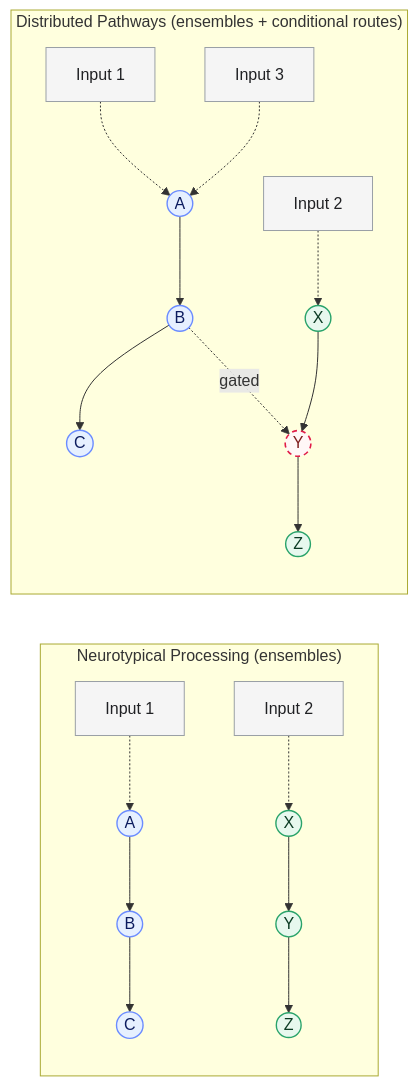
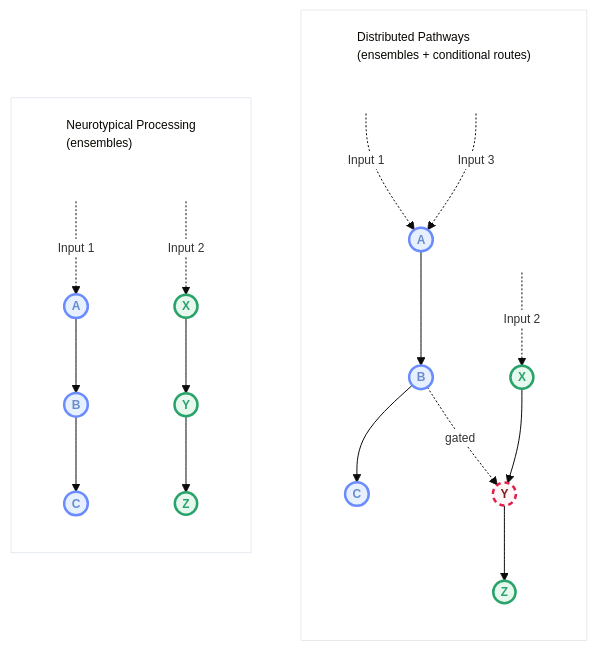
The diagram in docs/diagrams/dpm-comparison-side-by-side.mermaid (thiagosindra/higher-resolution-hypothesis), drawn with Mermaid before and after one commit. The commit also changed 4 other files, not shown here.

Commit message:
Updated diagram with better styling

```diff
--- a/docs/diagrams/dpm-comparison-side-by-side.mermaid
+++ b/docs/diagrams/dpm-comparison-side-by-side.mermaid
@@ -1,29 +1,46 @@
 %% NT vs DPM side-by-side (ensembles + conditional collaterals)
-flowchart LR
-  subgraph NT["Neurotypical Processing (ensembles)"]
-    I1[Input 1]:::in
-    I2[Input 2]:::in
-    A((A)):::p1 --> B((B)):::p1 --> C((C)):::p1
-    X((X)):::p2 --> Y((Y)):::p2 --> Z((Z)):::p2
-    I1 -.-> A
-    I2 -.-> X
-  end
-
-  subgraph DPM["Distributed Pathways (ensembles + conditional routes)"]
-    I1d[Input 1]:::in
-    I2d[Input 2]:::in
-    I3d[Input 3]:::in
+%%{init: {
+  'theme': 'base',
+  'flowchart': {
+    'curve': 'basis',
+    'useMaxWidth': true
+  },
+  'themeVariables': {
+    'fontFamily': 'arial',
+    'fontSize': '12px',
+    'edgeLabelBackground': '#ffffff',
+    'nodeSpacing': 80,
+    'rankSpacing': 80
+  }
+}}%%
+flowchart BT
+  subgraph DPM["<br/>Distributed Pathways<br/>(ensembles + conditional routes)"]
+    I1d[<br/><br/>]:::in
+    I2d[<br/><br/>]:::in
+    I3d[<br/><br/>]:::in
     Ad((A)):::p1 --> Bd((B)):::p1 --> Cd((C)):::p1
     Xd((X)):::p2 --> Yd((Y)):::p2 --> Zd((Z)):::p2
     %% Conditional collaterals (gated)
     Bd -. gated .-> Yd:::cond
     %% Inputs may converge on same entry points
-    I1d -.-> Ad
-    I3d -.-> Ad
-    I2d -.-> Xd
+    I1d -.-> |Input 1| Ad
+    I3d -.-> |Input 3| Ad
+    I2d -.-> |Input 2| Xd
   end
 
-  classDef p1 fill:#e6f0ff,stroke:#6b8cff,stroke-width:1.4px,color:#0b1b5e;
-  classDef p2 fill:#e7f8ee,stroke:#29a36a,stroke-width:1.4px,color:#0b3b23;
-  classDef cond stroke:#e11d48,stroke-dasharray:5 4,stroke-width:1.6px,color:#7f1d1d,fill:#fff7f7;
-  classDef in fill:#f5f5f5,stroke:#9aa0a6,color:#202124;
+  subgraph NT["<br/>Neurotypical Processing<br/>(ensembles)"]
+    I1[<br/><br/>]:::in
+    I2[<br/><br/>]:::in
+    A((A)):::p1 --> B((B)):::p1 --> C((C)):::p1
+    X((X)):::p2 --> Y((Y)):::p2 --> Z((Z)):::p2
+    I1 -.-> |Input 1| A
+    I2 -.-> |Input 2| X
+  end
+
+  style NT fill:#ffffff,stroke:#cbd5e1,stroke-width:0.5px;
+  style DPM fill:#ffffff,stroke:#d4d4d8,stroke-width:0.5px
+  
+  classDef p1 fill:#e6f0ff,stroke:#6b8cff,stroke-width:2.5px,color:#6b8ccc,font-weight:bold;
+  classDef p2 fill:#e7f8ee,stroke:#29a36a,stroke-width:2.5px,color:#29a36a,font-weight:bold;
+  classDef cond stroke:#e11d48,stroke-dasharray:5 4,stroke-width:2.5px,color:#7f1d1d,fill:#fff7f7;
+  classDef in fill:none,stroke:none,color:#202124,font-weight:bold;
```
